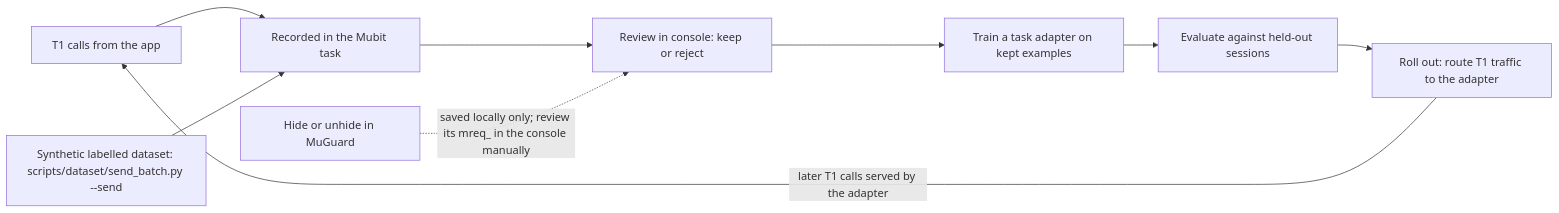
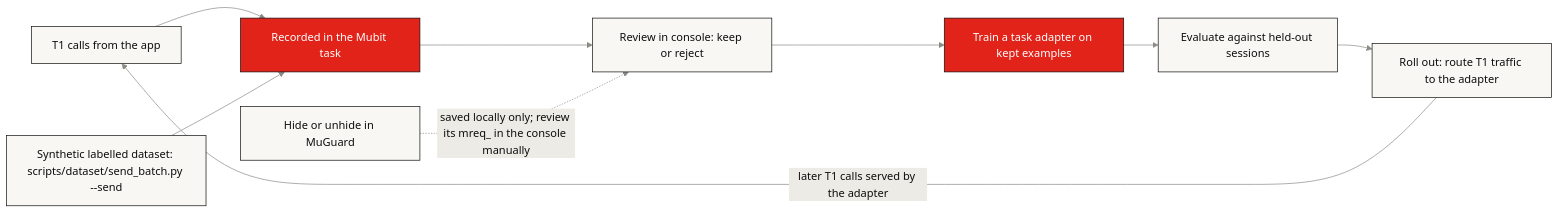
The fourth of 4 diagrams in README.md (kolyamkl/night-shift), drawn with Mermaid before and after one commit. The commit also changed other lines of this file and 12 other files, not shown here.

First line of the commit message:
README in the landing page's style: pixel scenes instead of grey diagrams

````diff
--- a/README.md
+++ b/README.md
@@ -190,11 +218,14 @@
 ```mermaid
+%%{init: {"theme": "base", "themeVariables": {"fontFamily": "ui-monospace, SFMono-Regular, Menlo, monospace", "primaryColor": "#f8f7f3", "primaryTextColor": "#0d0d0d", "primaryBorderColor": "#0d0d0d", "lineColor": "#8b8a85", "edgeLabelBackground": "#ecebe5"}}}%%
 flowchart LR
     A["T1 calls from the app"] --> R["Recorded in the Mubit task"]
     D["Synthetic labelled dataset: scripts/dataset/send_batch.py --send"] --> R
     R --> V["Review in console: keep or reject"]
     V --> T["Train a task adapter on kept examples"]
     T --> E["Evaluate against held-out sessions"]
     E --> RT["Roll out: route T1 traffic to the adapter"]
     RT -->|"later T1 calls served by the adapter"| A
     H["Hide or unhide in MuGuard"] -.->|"saved locally only; review its mreq_ in the console manually"| V
+    classDef mubit fill:#e2231a,stroke:#0d0d0d,color:#ffffff
+    class R,T mubit
 ```
````
